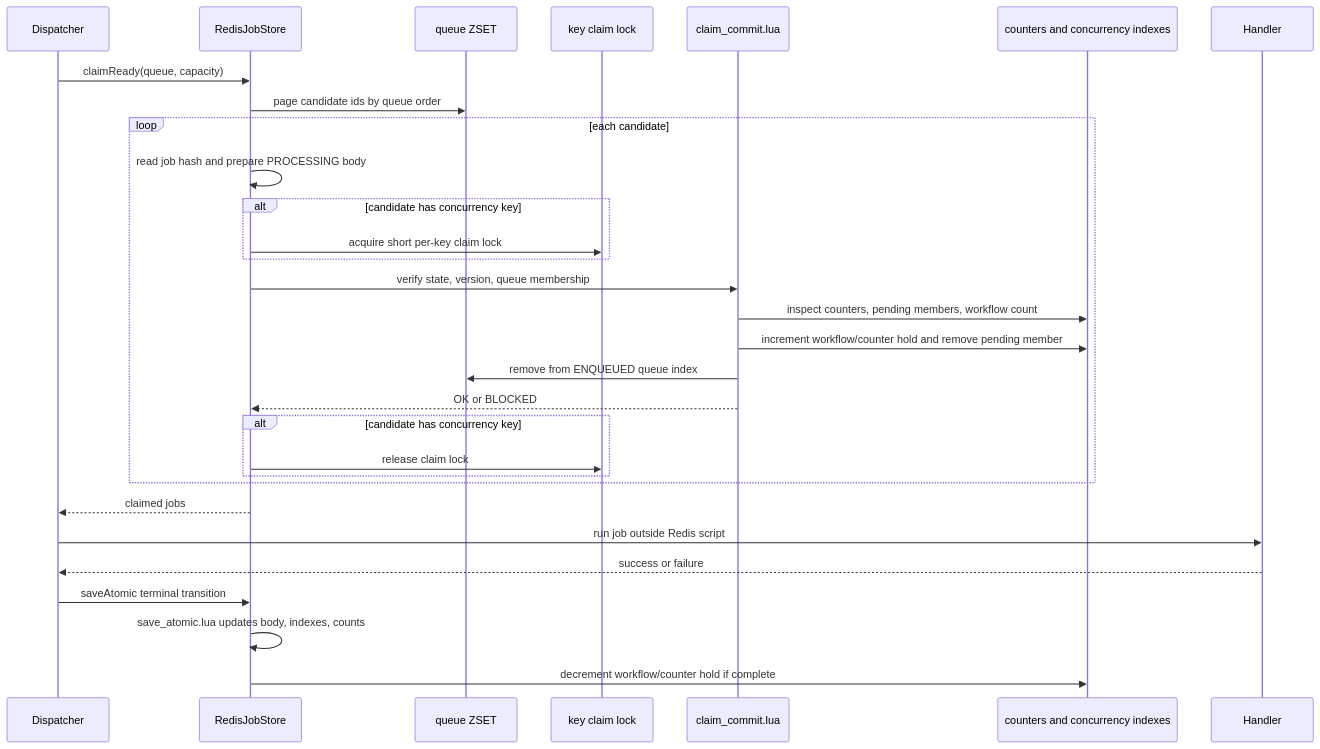
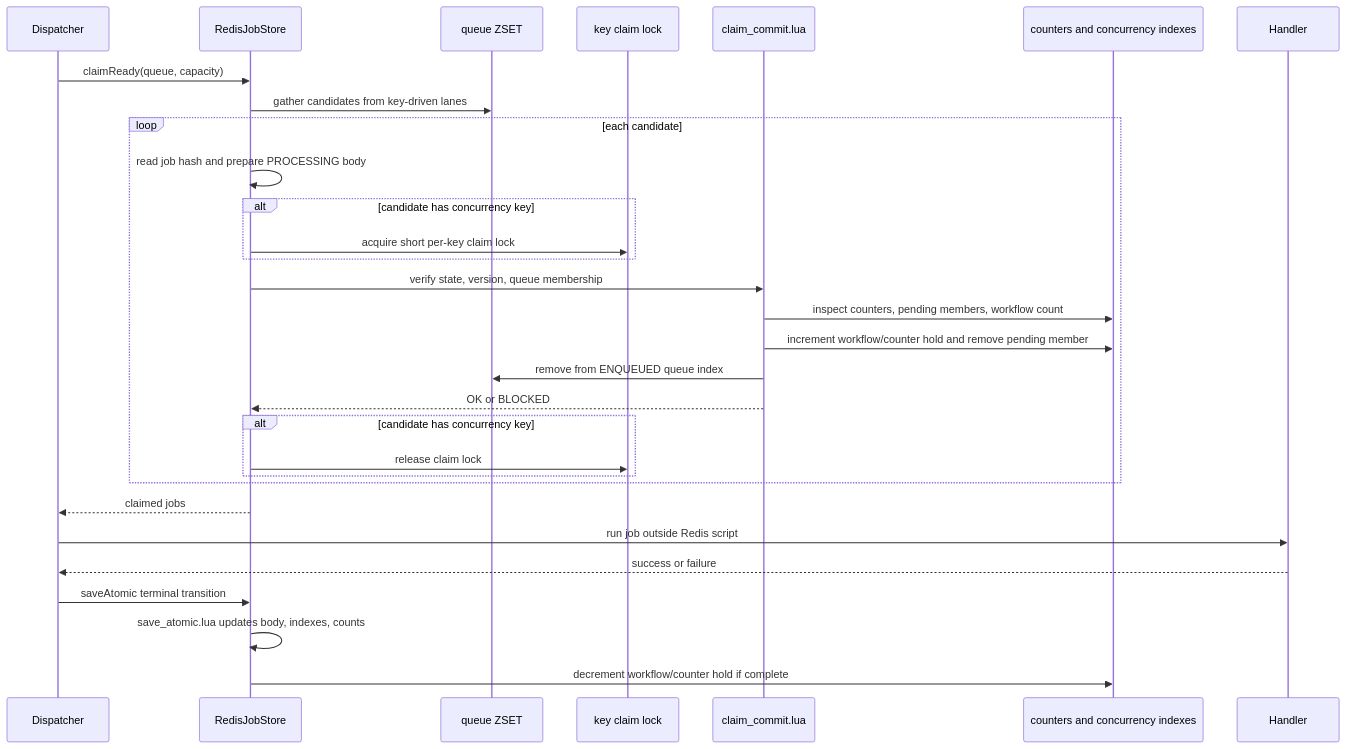
One commit to hemju/threadmill changed the third of 3 diagrams in docs/backend-execution-model.md. Above: the diagram before and after it, drawn with Mermaid. The commit also changed other lines of this file and 13 other files, not shown here.

First line of the commit message:
fix(store-redis): gather claim candidates by key, not by walking the backlog

````diff
--- a/docs/backend-execution-model.md
+++ b/docs/backend-execution-model.md
@@ -132,33 +132,33 @@
 ```mermaid
 sequenceDiagram
     participant D as Dispatcher
     participant R as RedisJobStore
     participant Q as queue ZSET
     participant L as key claim lock
     participant S as claim_commit.lua
     participant C as counters and concurrency indexes
     participant H as Handler
 
     D->>R: claimReady(queue, capacity)
-    R->>Q: page candidate ids by queue order
+    R->>Q: gather candidates from key-driven lanes
     loop each candidate
         R->>R: read job hash and prepare PROCESSING body
         alt candidate has concurrency key
             R->>L: acquire short per-key claim lock
         end
         R->>S: verify state, version, queue membership
         S->>C: inspect counters, pending members, workflow count
         S->>C: increment workflow/counter hold and remove pending member
         S->>Q: remove from ENQUEUED queue index
         S-->>R: OK or BLOCKED
         alt candidate has concurrency key
             R->>L: release claim lock
         end
     end
     R-->>D: claimed jobs
     D->>H: run job outside Redis script
     H-->>D: success or failure
     D->>R: saveAtomic terminal transition
     R->>R: save_atomic.lua updates body, indexes, counts
     R->>C: decrement workflow/counter hold if complete
 ```
````
